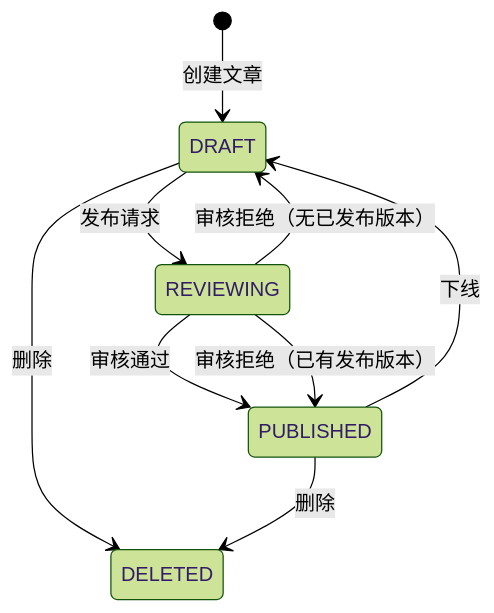
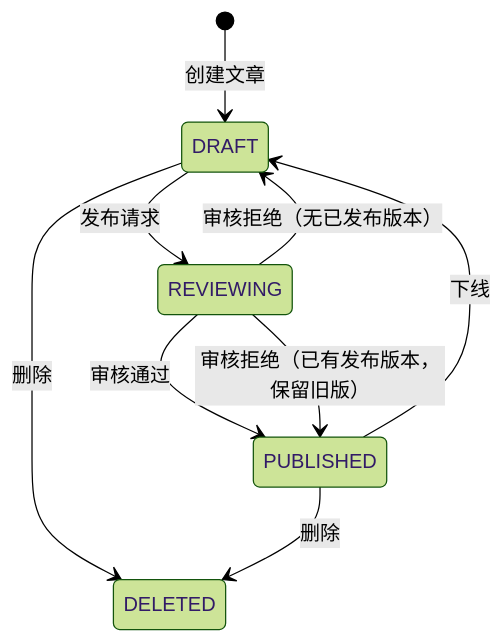
Before and after one commit to haotangyuan/KnowNote: the third of 4 diagrams in README.md, drawn with Mermaid (forest theme). The commit also changed other lines of this file and 1 other file, not shown here.

````diff
--- a/README.md
+++ b/README.md
@@ -192,11 +131,11 @@
 ```mermaid
 stateDiagram-v2
     [*] --> DRAFT: 创建文章
     DRAFT --> REVIEWING: 发布请求
     REVIEWING --> PUBLISHED: 审核通过
     REVIEWING --> DRAFT: 审核拒绝（无已发布版本）
-    REVIEWING --> PUBLISHED: 审核拒绝（已有发布版本）
+    REVIEWING --> PUBLISHED: 审核拒绝（已有发布版本，保留旧版）
     PUBLISHED --> DRAFT: 下线
     DRAFT --> DELETED: 删除
     PUBLISHED --> DELETED: 删除
 ```
````
